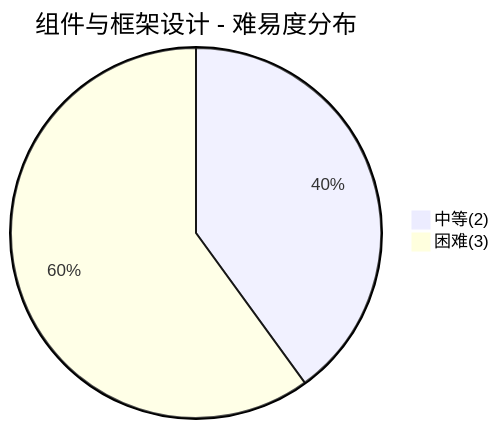
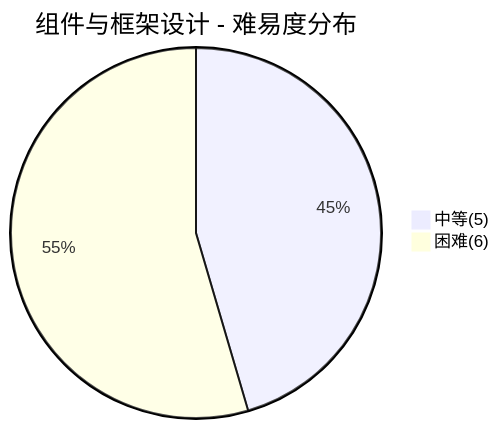
One commit to dunwu/waterdrop changed the second of 6 diagrams in docs/99.面试/设计面试.md. Above: the diagram before and after it, drawn with Mermaid. The commit also changed other lines of this file and 16 other files, not shown here.

````diff
--- a/docs/99.面试/设计面试.md
+++ b/docs/99.面试/设计面试.md
@@ -114,5 +115,5 @@
 ```mermaid
 pie title 组件与框架设计 - 难易度分布
-    "中等(2)" : 2
-    "困难(3)" : 3
+    "中等(5)" : 5
+    "困难(6)" : 6
 ```
````
